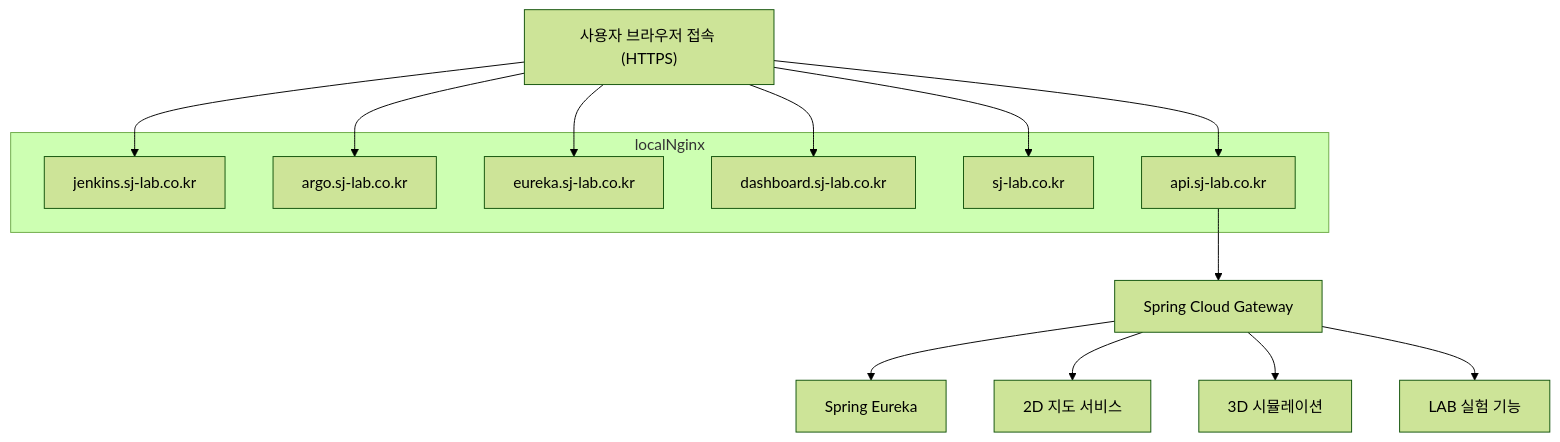
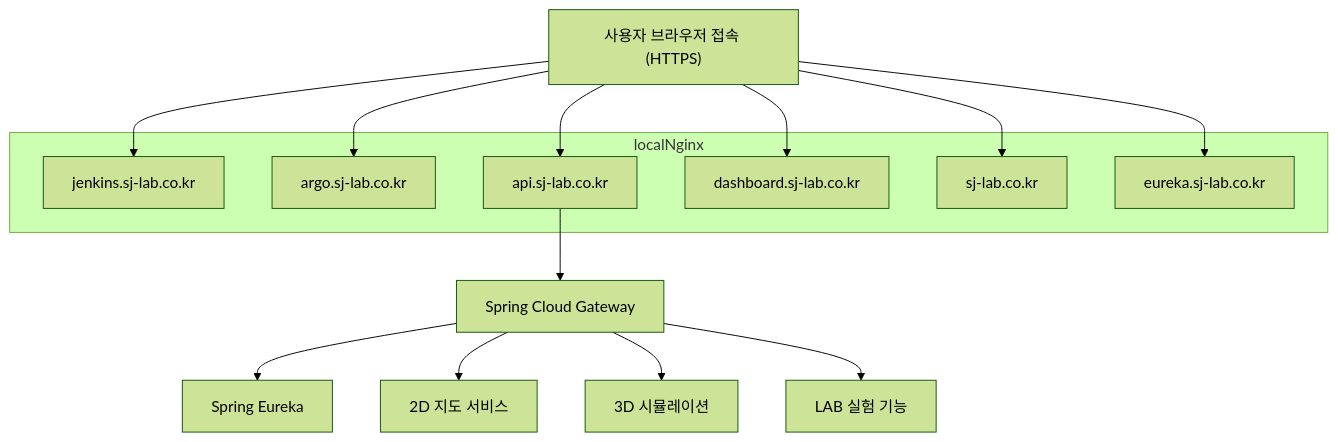
Before and after one commit to stylealist/sj-lab: the second of 2 diagrams in README.md, drawn with Mermaid (forest theme). The commit also changed other lines of this file, not shown here.

````diff
--- a/README.md
+++ b/README.md
@@ -104,32 +104,32 @@
 ```mermaid
 graph TD
 
   %% subgraph는 항상 먼저 선언
   subgraph localNginx
     jenkins[jenkins.sj-lab.co.kr]
     argo[argo.sj-lab.co.kr]
-    eureka[eureka.sj-lab.co.kr]
+    api[api.sj-lab.co.kr]
     dashboard[dashboard.sj-lab.co.kr]
     web[sj-lab.co.kr]
-    api[api.sj-lab.co.kr]
+    eureka[eureka.sj-lab.co.kr]
   end
 
   user["사용자 브라우저 접속 (HTTPS)"]
   gateway["Spring Cloud Gateway"]
   registry["Spring Eureka"]
   service1["2D 지도 서비스"]
   service2["3D 시뮬레이션"]
   service3["LAB 실험 기능"]
 
   user --> jenkins
   user --> argo
   user --> eureka
   user --> dashboard
   user --> web
   user --> api
 
   api --> gateway --> registry
   gateway --> service1
   gateway --> service2
   gateway --> service3
 ```
````
